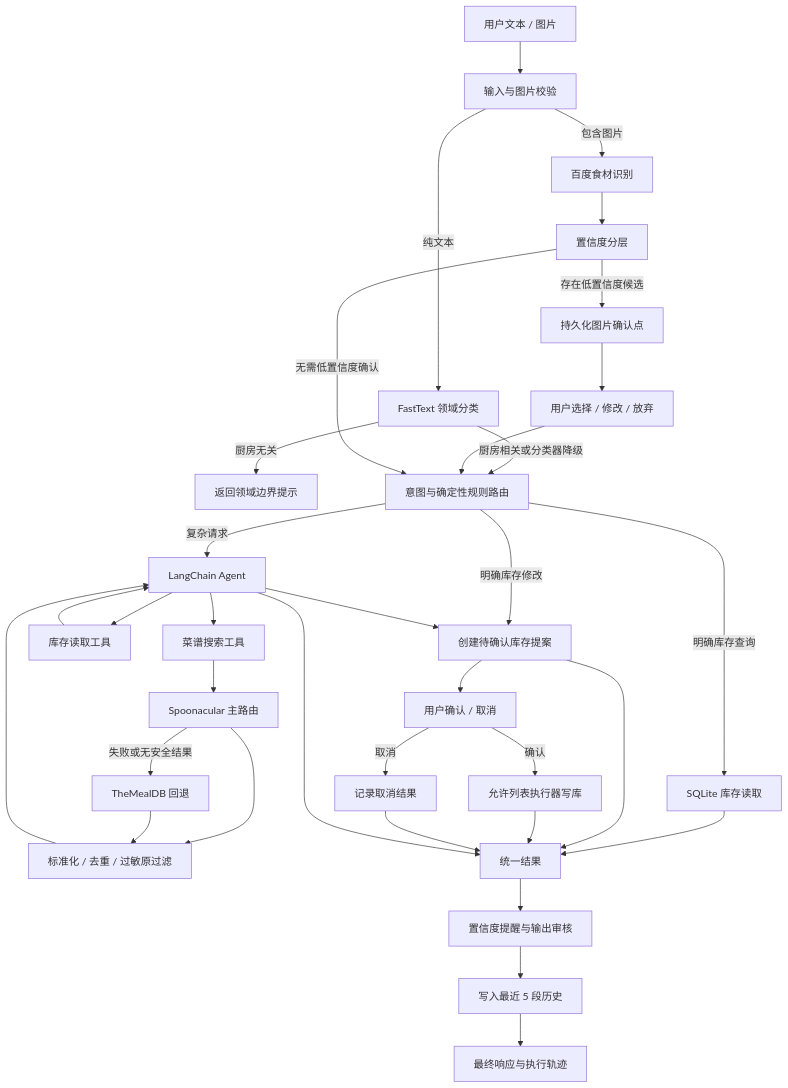
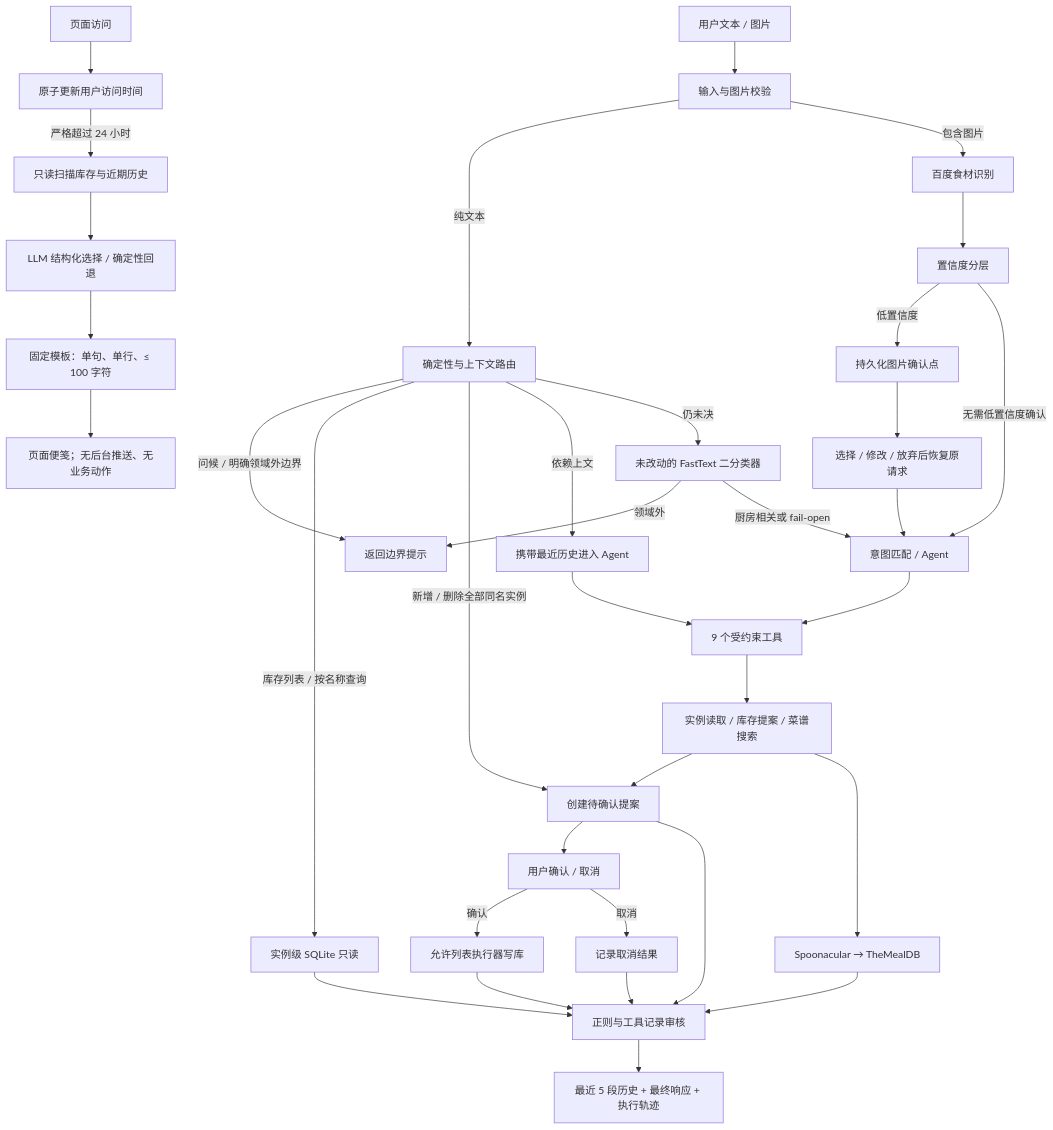
The diagram in README.md (aicecould/kitchen_inventory_agent), drawn with Mermaid before and after one commit. The commit also changed other lines of this file, not shown here.

````diff
--- a/README.md
+++ b/README.md
@@ -24,41 +26,43 @@
 ```mermaid
 flowchart TD
     A["用户文本 / 图片"] --> B["输入与图片校验"]
 
-    B -->|纯文本| C["FastText 领域分类"]
-    C -->|厨房无关| C1["返回领域边界提示"]
-    C -->|厨房相关或分类器降级| D["意图与确定性规则路由"]
+    B -->|纯文本| C["确定性与上下文路由"]
+    C -->|问候 / 明确领域外边界| C1["返回边界提示"]
+    C -->|库存列表 / 按名称查询| D["实例级 SQLite 只读"]
+    C -->|新增 / 删除全部同名实例| E["创建待确认提案"]
+    C -->|依赖上文| F["携带最近历史进入 Agent"]
+    C -->|仍未决| G["未改动的 FastText 二分类器"]
+    G -->|领域外| C1
+    G -->|厨房相关或 fail-open| H["意图匹配 / Agent"]
 
-    B -->|包含图片| E["百度食材识别"]
-    E --> F["置信度分层"]
-    F -->|存在低置信度候选| G["持久化图片确认点"]
-    G --> H["用户选择 / 修改 / 放弃"]
-    H --> D
-    F -->|无需低置信度确认| D
+    B -->|包含图片| I["百度食材识别"]
+    I --> J["置信度分层"]
+    J -->|低置信度| K["持久化图片确认点"]
+    K --> L["选择 / 修改 / 放弃后恢复原请求"]
+    J -->|无需低置信度确认| H
+    L --> H
 
-    D -->|明确库存查询| I["SQLite 库存读取"]
-    D -->|明确库存修改| J["创建待确认库存提案"]
-    J --> K["用户确认 / 取消"]
-    K -->|确认| L["允许列表执行器写库"]
-    K -->|取消| M["记录取消结果"]
+    F --> M["9 个受约束工具"]
+    H --> M
+    M --> N["实例读取 / 库存提案 / 菜谱搜索"]
+    N --> E
+    N --> O["Spoonacular → TheMealDB"]
 
-    D -->|复杂请求| N["LangChain Agent"]
-    N --> O["库存读取工具"]
-    N --> J
-    N --> P["菜谱搜索工具"]
-    P --> Q["Spoonacular 主路由"]
-    Q -->|失败或无安全结果| R["TheMealDB 回退"]
-    Q --> S["标准化 / 去重 / 过敏原过滤"]
+    E --> P["用户确认 / 取消"]
+    P -->|确认| Q["允许列表执行器写库"]
+    P -->|取消| R["记录取消结果"]
+
+    D --> S["正则与工具记录审核"]
+    E --> S
+    O --> S
+    Q --> S
     R --> S
-    O --> N
-    S --> N
+    S --> T["最近 5 段历史 + 最终响应 + 执行轨迹"]
 
-    I --> T["统一结果"]
-    J --> T
-    L --> T
-    M --> T
-    N --> T
-    T --> U["置信度提醒与输出审核"]
-    U --> V["写入最近 5 段历史"]
-    V --> W["最终响应与执行轨迹"]
+    U["页面访问"] --> V["原子更新用户访问时间"]
+    V -->|严格超过 24 小时| W["只读扫描库存与近期历史"]
+    W --> X["LLM 结构化选择 / 确定性回退"]
+    X --> Y["固定模板：单句、单行、≤ 100 字符"]
+    Y --> Z["页面便笺；无后台推送、无业务动作"]
 ```
````
